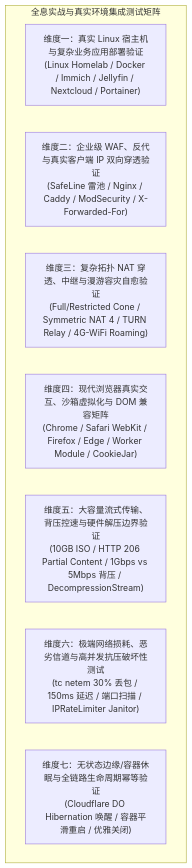
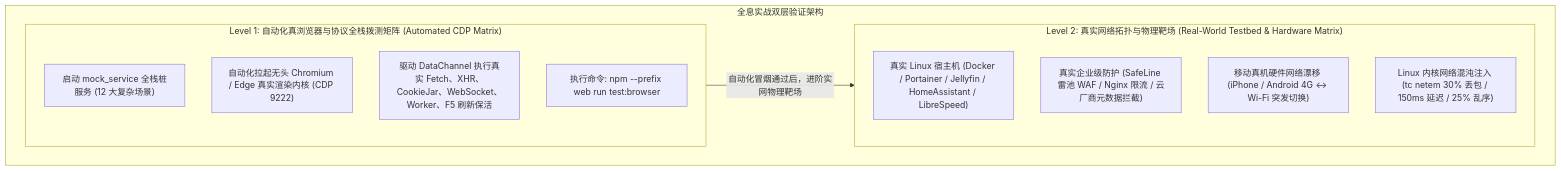
One commit to BeingNoAbility/WebRTC-Gateway changed the third of 4 diagrams in docs/TESTING_CHECKLIST.md. Above: the diagram before and after it, drawn with Mermaid. The commit also changed other lines of this file and 2 other files, not shown here.

Commit message:
test: upgrade real-world testing checklist to 2.0 and enhance browser matrix runner

````diff
--- a/docs/TESTING_CHECKLIST.md
+++ b/docs/TESTING_CHECKLIST.md
@@ -11,12 +53,20 @@
 ```mermaid
 flowchart TD
-    subgraph E2E_Matrix["全息实战与真实环境集成测试矩阵"]
-        D1["维度一：真实 Linux 宿主机与复杂业务应用部署验证<br/>(Linux Homelab / Docker / Immich / Jellyfin / Nextcloud / Portainer)"]
-        D2["维度二：企业级 WAF、反代与真实客户端 IP 双向穿透验证<br/>(SafeLine 雷池 / Nginx / Caddy / ModSecurity / X-Forwarded-For)"]
-        D3["维度三：复杂拓扑 NAT 穿透、中继与漫游容灾自愈验证<br/>(Full/Restricted Cone / Symmetric NAT 4 / TURN Relay / 4G-WiFi Roaming)"]
-        D4["维度四：现代浏览器真实交互、沙箱虚拟化与 DOM 兼容矩阵<br/>(Chrome / Safari WebKit / Firefox / Edge / Worker Module / CookieJar)"]
-        D5["维度五：大容量流式传输、背压控速与硬件解压边界验证<br/>(10GB ISO / HTTP 206 Partial Content / 1Gbps vs 5Mbps 背压 / DecompressionStream)"]
-        D6["维度六：极端网络损耗、恶劣信道与高并发抗压破坏性测试<br/>(tc netem 30% 丢包 / 150ms 延迟 / 端口扫描 / IPRateLimiter Janitor)"]
-        D7["维度七：无状态边缘/容器休眠与全链路生命周期幂等验证<br/>(Cloudflare DO Hibernation 唤醒 / 容器平滑重启 / 优雅关闭)"]
+    subgraph Test_Layers["全息实战双层验证架构"]
+        subgraph Layer1["Level 1: 自动化真浏览器与协议全栈拨测矩阵 (Automated CDP Matrix)"]
+            L1_1["启动 mock_service 全栈桩服务 (12 大复杂场景)"]
+            L1_2["自动化拉起无头 Chromium / Edge 真实渲染内核 (CDP 9222)"]
+            L1_3["驱动 DataChannel 执行真实 Fetch、XHR、CookieJar、WebSocket、Worker、F5 刷新保活"]
+            L1_4["执行命令: npm --prefix web run test:browser"]
+        end
+
+        subgraph Layer2["Level 2: 真实网络拓扑与物理靶场 (Real-World Testbed & Hardware Matrix)"]
+            L2_1["真实 Linux 宿主机 (Docker / Portainer / Jellyfin / HomeAssistant / LibreSpeed)"]
+            L2_2["真实企业级防护 (SafeLine 雷池 WAF / Nginx 限流 / 云厂商元数据拦截)"]
+            L2_3["移动真机硬件网络漂移 (iPhone / Android 4G ↔ Wi-Fi 突发切换)"]
+            L2_4["Linux 内核网络混沌注入 (tc netem 30% 丢包 / 150ms 延迟 / 25% 乱序)"]
+        end
+
+        Layer1 -->|"自动化冒烟通过后，进阶实网物理靶场"| Layer2
     end
 ```
````
